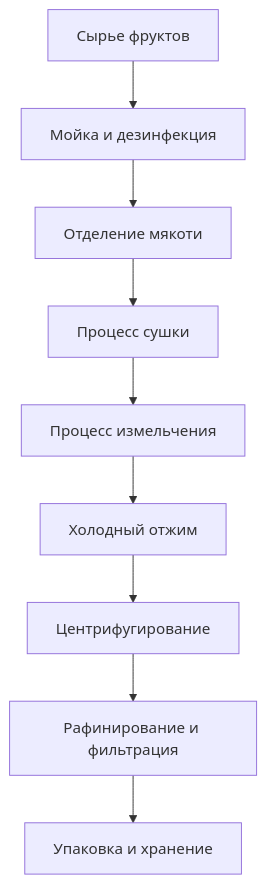
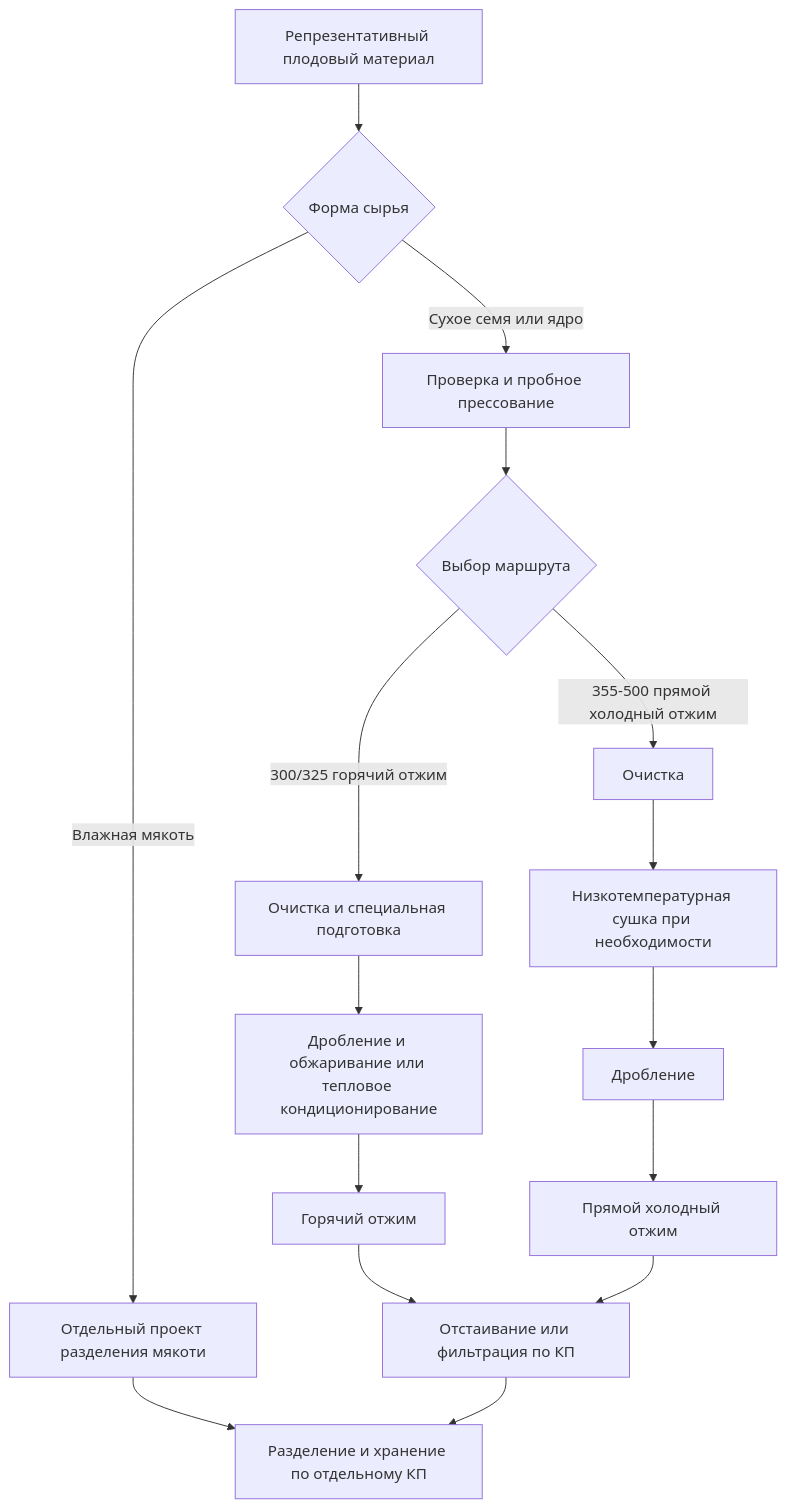
The diagram in docs/ru/solutions/fruits.md (roryshanshan/oilpress-website), drawn with Mermaid before and after one commit. The commit also changed other lines of this file and 1420 other files, not shown here.

````diff
--- a/docs/ru/solutions/fruits.md
+++ b/docs/ru/solutions/fruits.md
@@ -72,11 +34,18 @@
 ```mermaid
-graph TD
-    A[Сырье фруктов] --> B[Мойка и дезинфекция]
-    B --> C[Отделение мякоти]
-    C --> D[Процесс сушки]
-    D --> E[Процесс измельчения]
-    E --> F[Холодный отжим]
-    F --> G[Центрифугирование]
-    G --> H[Рафинирование и фильтрация]
-    H --> I[Упаковка и хранение]
+flowchart TD
+    A[Репрезентативный плодовый материал] --> B{Форма сырья}
+    B -->|Влажная мякоть| C[Отдельный проект разделения мякоти]
+    B -->|Сухое семя или ядро| D[Проверка и пробное прессование]
+    D --> E{Выбор маршрута}
+    E -->|300/325 горячий отжим| F[Очистка и специальная подготовка]
+    F --> G[Дробление и обжаривание или тепловое кондиционирование]
+    G --> H[Горячий отжим]
+    E -->|355-500 прямой холодный отжим| I[Очистка]
+    I --> J[Низкотемпературная сушка при необходимости]
+    J --> K[Дробление]
+    K --> L[Прямой холодный отжим]
+    H --> M[Отстаивание или фильтрация по КП]
+    L --> M
+    C --> N[Разделение и хранение по отдельному КП]
+    M --> N
 ```
````
